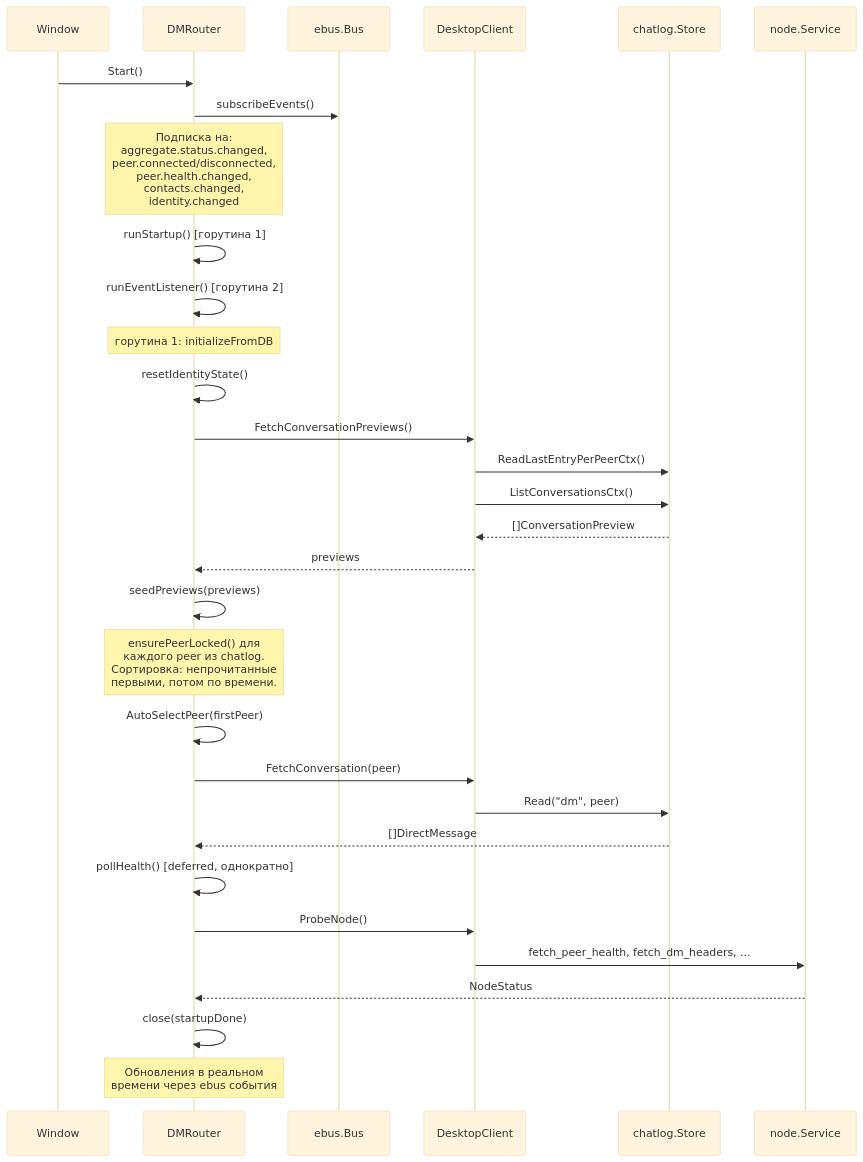
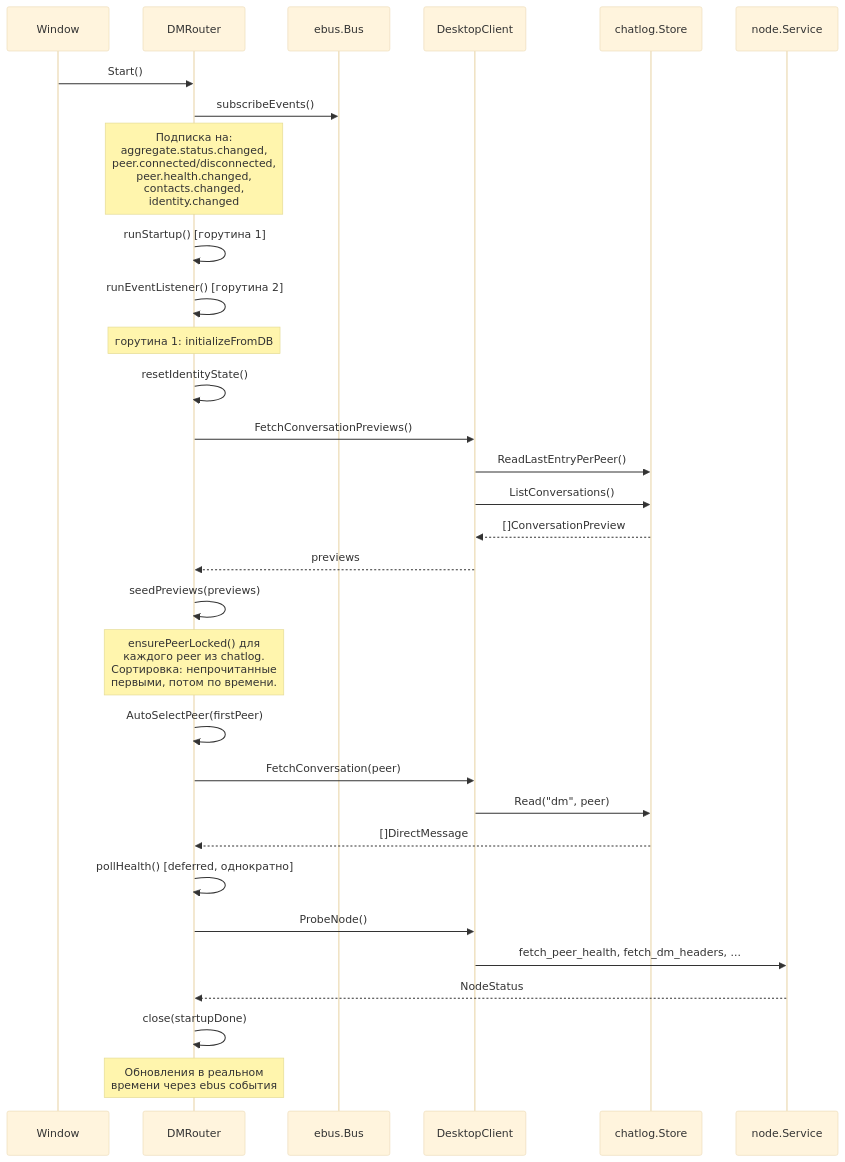
One commit to piratecash/corsa changed the seventh of 10 diagrams in docs/ui.md. Above: the diagram before and after it, drawn with Mermaid (base theme). The commit also changed other lines of this file and 87 other files, not shown here.

````diff
--- a/docs/ui.md
+++ b/docs/ui.md
@@ -479,40 +479,40 @@
 ```mermaid
 sequenceDiagram
     participant Win as Window
     participant Router as DMRouter
     participant eBus as ebus.Bus
     participant Client as DesktopClient
     participant DB as chatlog.Store
     participant Node as node.Service
 
     Win->>Router: Start()
     Router->>eBus: subscribeEvents()
     Note over Router: Подписка на:<br/>aggregate.status.changed,<br/>peer.connected/disconnected,<br/>peer.health.changed,<br/>contacts.changed,<br/>identity.changed
     Router->>Router: runStartup() [горутина 1]
     Router->>Router: runEventListener() [горутина 2]
 
     Note over Router: горутина 1: initializeFromDB
 
     Router->>Router: resetIdentityState()
     Router->>Client: FetchConversationPreviews()
-    Client->>DB: ReadLastEntryPerPeerCtx()
-    Client->>DB: ListConversationsCtx()
+    Client->>DB: ReadLastEntryPerPeer()
+    Client->>DB: ListConversations()
     DB-->>Client: []ConversationPreview
     Client-->>Router: previews
 
     Router->>Router: seedPreviews(previews)
     Note over Router: ensurePeerLocked() для<br/>каждого peer из chatlog.<br/>Сортировка: непрочитанные<br/>первыми, потом по времени.
 
     Router->>Router: AutoSelectPeer(firstPeer)
     Router->>Client: FetchConversation(peer)
     Client->>DB: Read("dm", peer)
     DB-->>Router: []DirectMessage
 
     Router->>Router: pollHealth() [deferred, однократно]
     Router->>Client: ProbeNode()
     Client->>Node: fetch_peer_health, fetch_dm_headers, ...
     Node-->>Router: NodeStatus
 
     Router->>Router: close(startupDone)
     Note over Router: Обновления в реальном<br/>времени через ebus события
 ```
````
